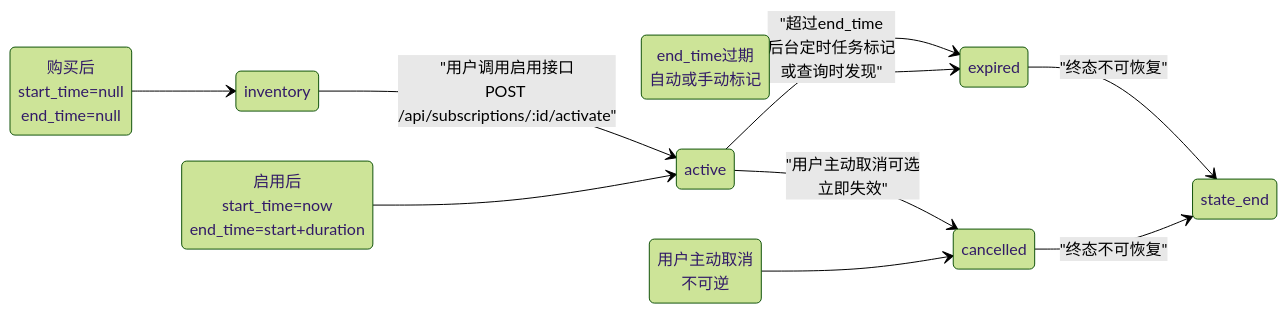
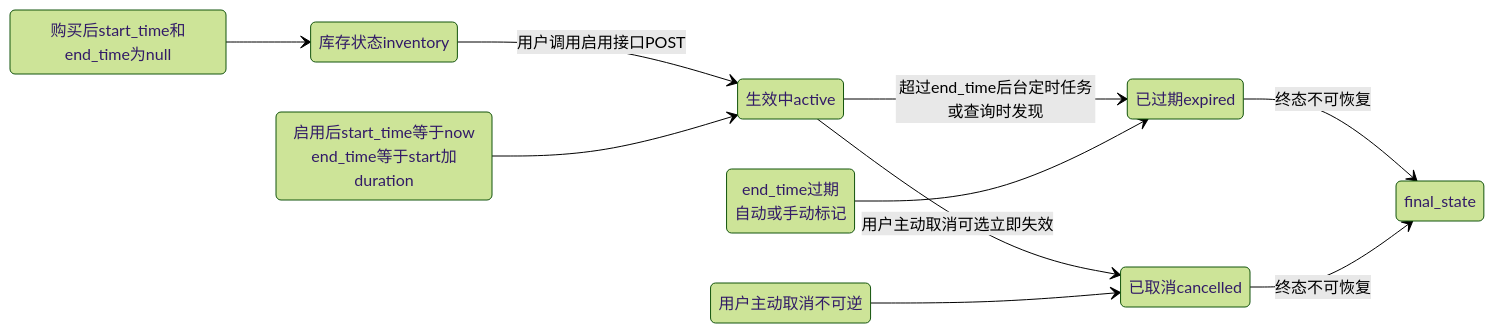
The third of 7 diagrams in docs/NewAPI-支持多种包月套餐-优化版.md (WoolenWang/new-api), drawn with Mermaid (forest theme) before and after one commit. The commit also changed other lines of this file, not shown here.

````diff
--- a/docs/NewAPI-支持多种包月套餐-优化版.md
+++ b/docs/NewAPI-支持多种包月套餐-优化版.md
@@ -582,27 +814,27 @@
 ```mermaid
 stateDiagram
     direction LR
 
-    state inventory ["库存状态<br>inventory"]
-    state active ["生效中<br>active"]
-    state expired ["已过期<br>expired"]
-    state cancelled ["已取消<br>cancelled"]
+    inventory: 库存状态inventory
+    active: 生效中active
+    expired: 已过期expired
+    cancelled: 已取消cancelled
 
-    state "购买后<br>start_time=null<br>end_time=null" as inv_note
-    state "启用后<br>start_time=now<br>end_time=start+duration" as act_note
-    state "end_time过期<br>自动或手动标记" as exp_note
-    state "用户主动取消<br>不可逆" as can_note
+    note1: 购买后start_time和end_time为null
+    note2: 启用后start_time等于now<br>end_time等于start加duration
+    note3: end_time过期<br>自动或手动标记
+    note4: 用户主动取消不可逆
 
-    inv_note --> inventory
-    inventory --> active: "用户调用启用接口<br>POST /api/subscriptions/:id/activate"
+    note1 --> inventory
+    inventory --> active: 用户调用启用接口POST
 
-    act_note --> active
-    active --> expired: "超过end_time<br>后台定时任务标记<br>或查询时发现"
-    active --> cancelled: "用户主动取消可选<br>立即失效"
+    note2 --> active
+    active --> expired: 超过end_time后台定时任务或查询时发现
+    active --> cancelled: 用户主动取消可选立即失效
 
-    exp_note --> expired
-    can_note --> cancelled
+    note3 --> expired
+    note4 --> cancelled
 
-    expired --> state_end: "终态不可恢复"
-    cancelled --> state_end: "终态不可恢复"
+    expired --> final_state: 终态不可恢复
+    cancelled --> final_state: 终态不可恢复
 ```
````
